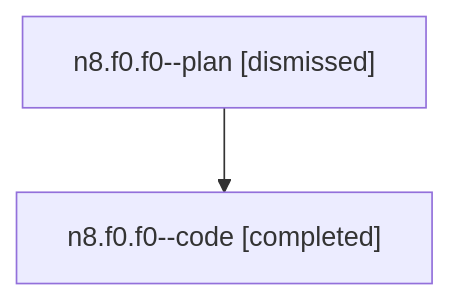
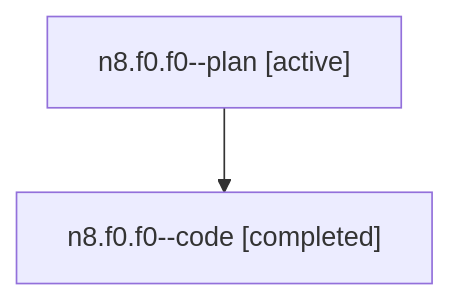
One commit to sase-org/sase--agents changed the diagram in families/bbugyi200.athena.n8.f0.f0.md. Above: the diagram before and after it, drawn with Mermaid. The commit also changed other lines of this file and 5813 other files, not shown here.

````diff
--- a/families/bbugyi200.athena.n8.f0.f0.md
+++ b/families/bbugyi200.athena.n8.f0.f0.md
@@ -9,6 +9,6 @@
 ```mermaid
 flowchart TD
-  n0["n8.f0.f0--plan [dismissed]"]
+  n0["n8.f0.f0--plan [active]"]
   n1["n8.f0.f0--code [completed]"]
   n0 --> n1
 ```
````
